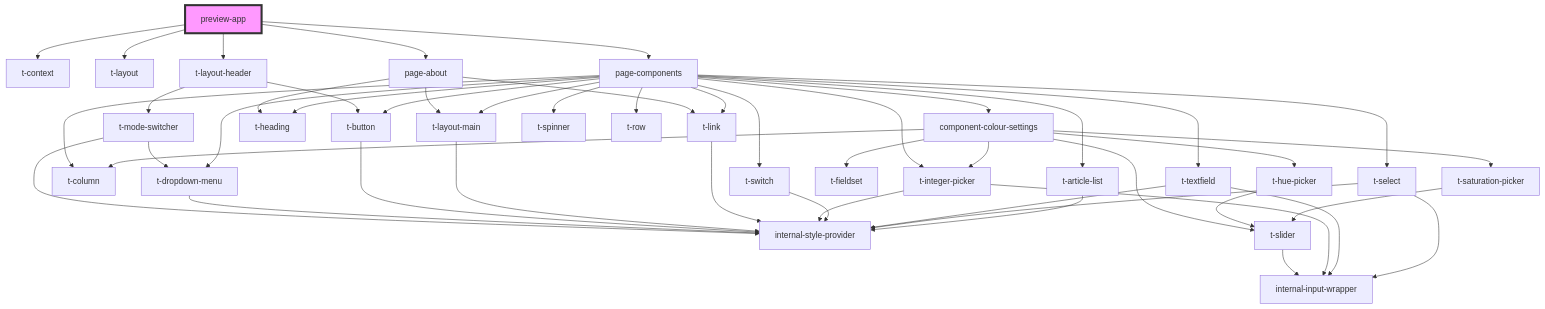
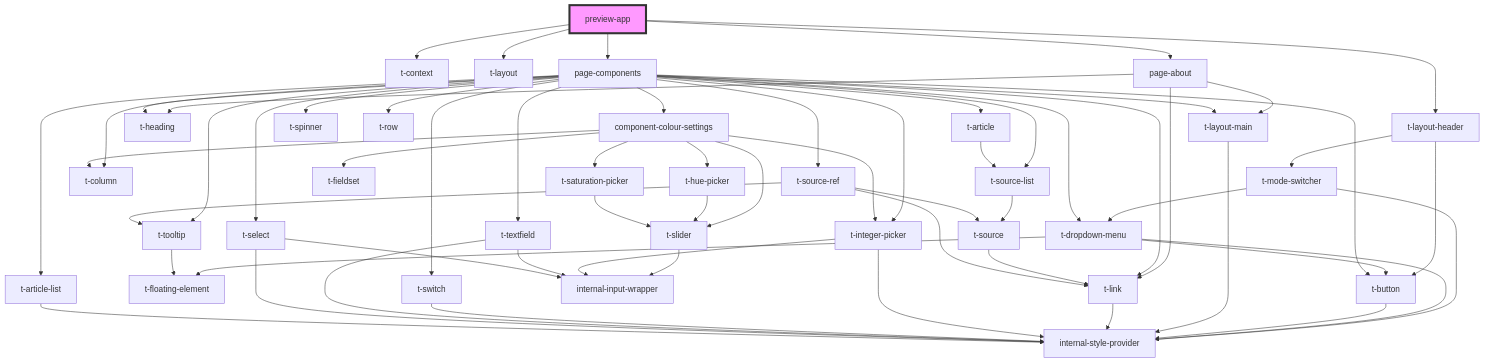
The diagram in packages/t-web-components/src/preview-app/readme.md (TomasEng/web-components), drawn with Mermaid before and after one commit. The commit also changed 14 other files, not shown here.

````diff
--- a/packages/t-web-components/src/preview-app/readme.md
+++ b/packages/t-web-components/src/preview-app/readme.md
@@ -19,51 +19,64 @@
 ```mermaid
 graph TD;
   preview-app --> t-context
   preview-app --> t-layout
   preview-app --> t-layout-header
   preview-app --> page-about
   preview-app --> page-components
   t-layout-header --> t-mode-switcher
   t-layout-header --> t-button
   t-mode-switcher --> internal-style-provider
   t-mode-switcher --> t-dropdown-menu
   t-dropdown-menu --> internal-style-provider
+  t-dropdown-menu --> t-floating-element
+  t-dropdown-menu --> t-button
   t-button --> internal-style-provider
   page-about --> t-layout-main
   page-about --> t-heading
   page-about --> t-link
   t-layout-main --> internal-style-provider
   t-link --> internal-style-provider
   page-components --> t-layout-main
   page-components --> component-colour-settings
   page-components --> t-heading
   page-components --> t-button
   page-components --> t-column
   page-components --> t-switch
   page-components --> t-integer-picker
   page-components --> t-textfield
   page-components --> t-select
   page-components --> t-dropdown-menu
   page-components --> t-link
+  page-components --> t-source-list
+  page-components --> t-article
+  page-components --> t-source-ref
   page-components --> t-article-list
   page-components --> t-spinner
+  page-components --> t-tooltip
   page-components --> t-row
   component-colour-settings --> t-fieldset
   component-colour-settings --> t-column
   component-colour-settings --> t-hue-picker
   component-colour-settings --> t-saturation-picker
   component-colour-settings --> t-integer-picker
   component-colour-settings --> t-slider
   t-hue-picker --> t-slider
   t-slider --> internal-input-wrapper
   t-saturation-picker --> t-slider
   t-integer-picker --> internal-style-provider
   t-integer-picker --> internal-input-wrapper
   t-switch --> internal-style-provider
   t-textfield --> internal-style-provider
   t-textfield --> internal-input-wrapper
   t-select --> internal-style-provider
   t-select --> internal-input-wrapper
+  t-source-list --> t-source
+  t-source --> t-link
+  t-article --> t-source-list
+  t-source-ref --> t-tooltip
+  t-source-ref --> t-link
+  t-source-ref --> t-source
+  t-tooltip --> t-floating-element
   t-article-list --> internal-style-provider
   style preview-app fill:#f9f,stroke:#333,stroke-width:4px
 ```
````
